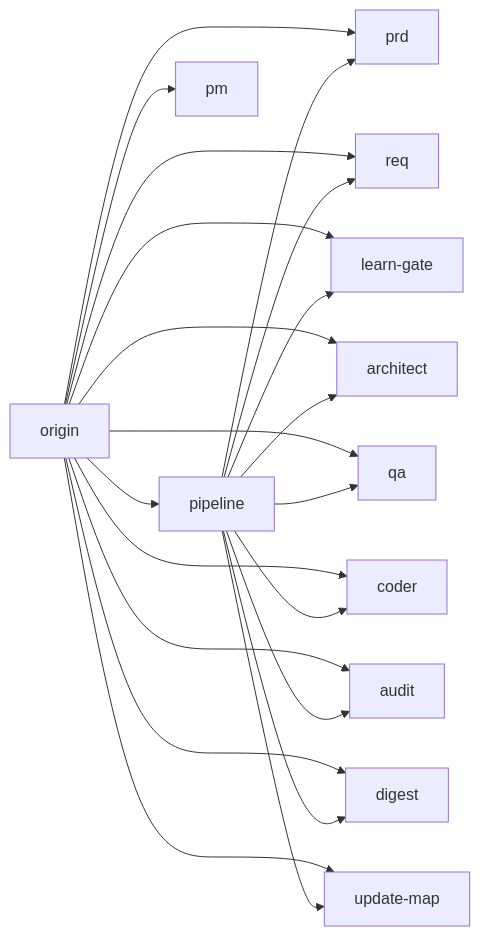
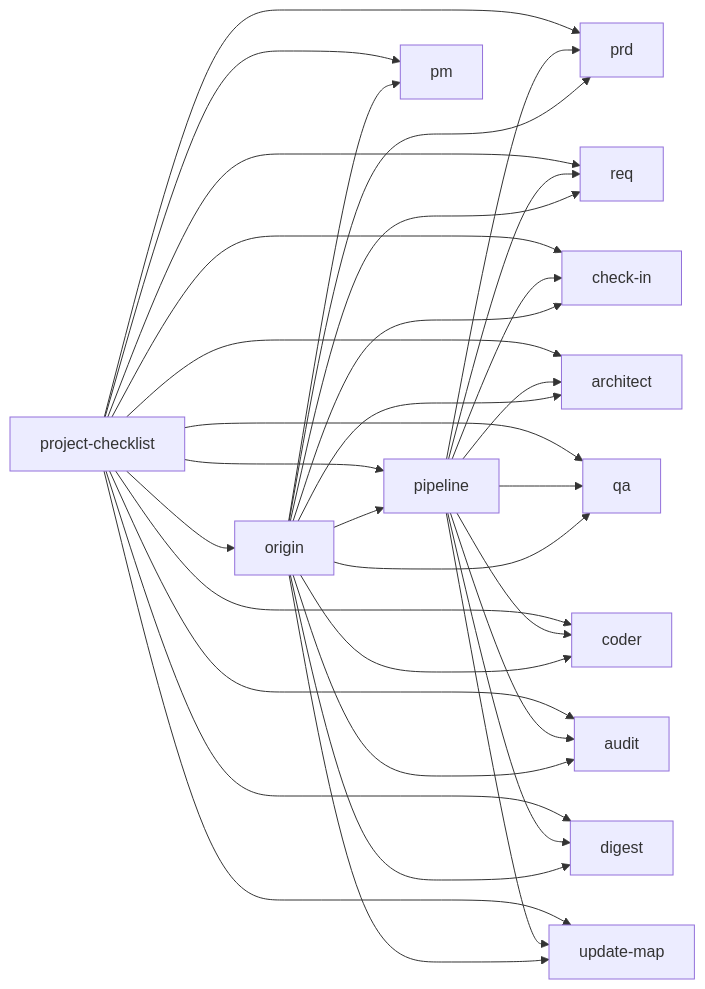
The sixth of 6 diagrams in .qoder/repowiki/zh/content/项目概述/项目概述.md (CryptoLinxu/Web3-AI-Agent), drawn with Mermaid before and after one commit. The commit also changed other lines of this file and 3 other files, not shown here.

First line of the commit message:
docs: 更新项目清单体系和技能地图

````diff
--- a/.qoder/repowiki/zh/content/项目概述/项目概述.md
+++ b/.qoder/repowiki/zh/content/项目概述/项目概述.md
@@ -306,23 +378,35 @@
 ```mermaid
 graph LR
 ORG["origin"] --> PIPE["pipeline"]
 ORG --> PM["pm"]
 ORG --> PRD["prd"]
 ORG --> REQ["req"]
-ORG --> LG["learn-gate"]
+ORG --> CHECKIN["check-in"]
 ORG --> ARCH["architect"]
 ORG --> QA["qa"]
 ORG --> CODER["coder"]
 ORG --> AUDIT["audit"]
 ORG --> DIGEST["digest"]
 ORG --> UPDATE["update-map"]
 PIPE --> PRD
 PIPE --> REQ
-PIPE --> LG
+PIPE --> CHECKIN
 PIPE --> ARCH
 PIPE --> QA
 PIPE --> CODER
 PIPE --> AUDIT
 PIPE --> DIGEST
 PIPE --> UPDATE
+CHECKLIST["project-checklist"] --> ORG
+CHECKLIST --> PIPE
+CHECKLIST --> PM
+CHECKLIST --> PRD
+CHECKLIST --> REQ
+CHECKLIST --> CHECKIN
+CHECKLIST --> ARCH
+CHECKLIST --> QA
+CHECKLIST --> CODER
+CHECKLIST --> AUDIT
+CHECKLIST --> DIGEST
+CHECKLIST --> UPDATE
 ```
````
